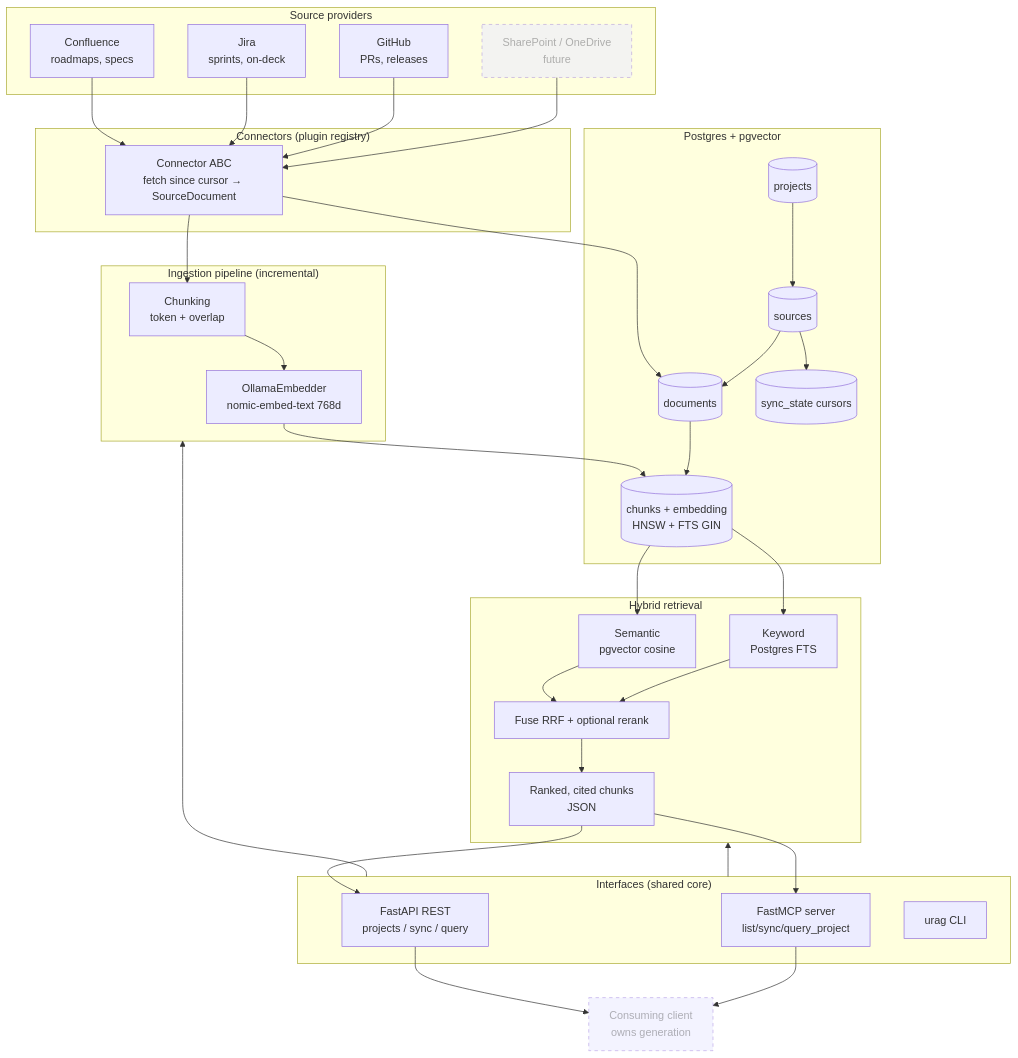
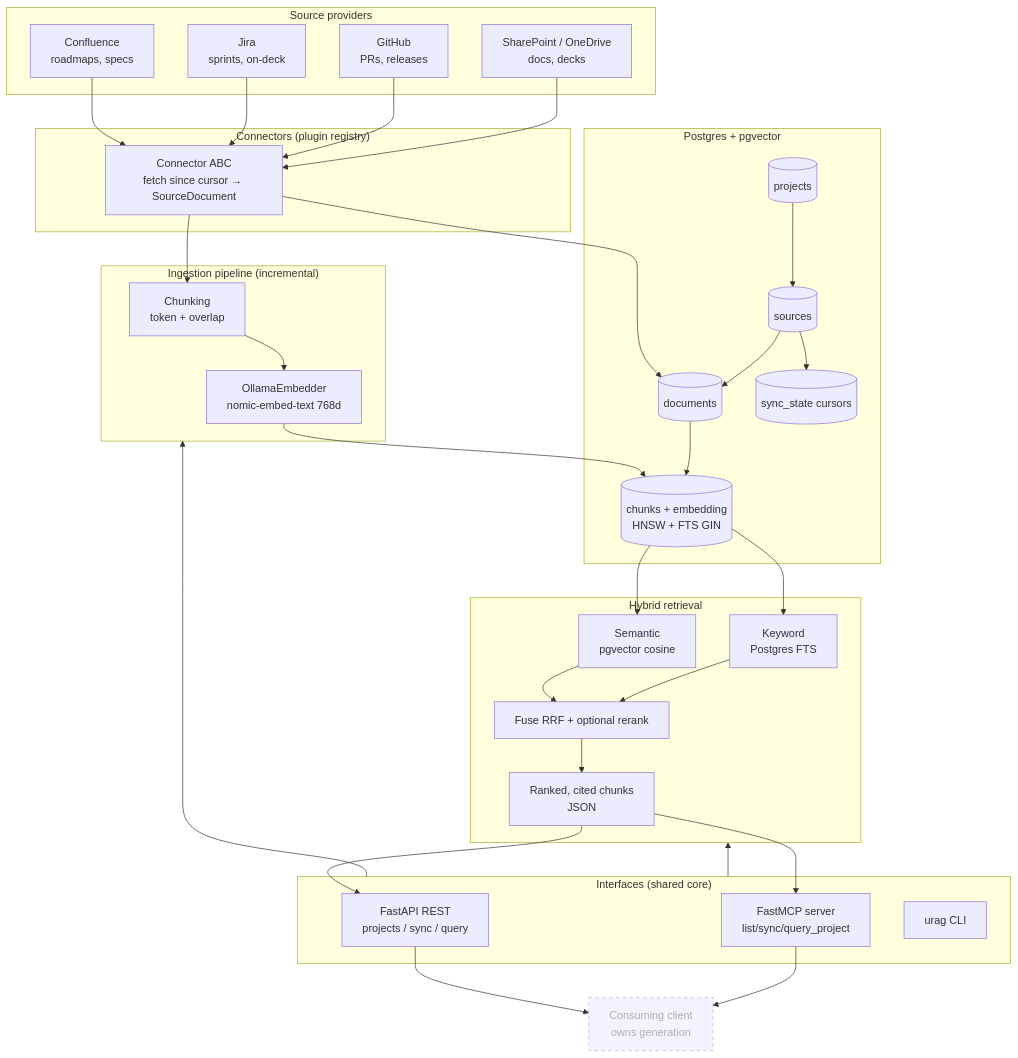
One commit to BlakeDanielFederal/universal-rag changed the first of 6 diagrams in docs/architecture.md. Above: the diagram before and after it, drawn with Mermaid. The commit also changed other lines of this file and 1 other file, not shown here.

Commit message:
docs: SharePoint connector done — update README/status, architecture diagram + flow

````diff
--- a/docs/architecture.md
+++ b/docs/architecture.md
@@ -11,55 +11,55 @@
 ```mermaid
 flowchart TD
     subgraph Sources["Source providers"]
         CONF[Confluence<br/>roadmaps, specs]
         JIRA[Jira<br/>sprints, on-deck]
         GH[GitHub<br/>PRs, releases]
-        FUTURE[SharePoint / OneDrive<br/>future]:::future
+        SP[SharePoint / OneDrive<br/>docs, decks]
     end
 
     subgraph Connectors["Connectors (plugin registry)"]
         BASE[Connector ABC<br/>fetch since cursor → SourceDocument]
     end
 
     subgraph Ingest["Ingestion pipeline (incremental)"]
         CHUNK[Chunking<br/>token + overlap]
         EMB[OllamaEmbedder<br/>nomic-embed-text 768d]
     end
 
     subgraph Store["Postgres + pgvector"]
         PROJ[(projects)]
         SRC[(sources)]
         DOC[(documents)]
         CH[(chunks + embedding<br/>HNSW + FTS GIN)]
         SYNC[(sync_state cursors)]
     end
 
     subgraph Retrieval["Hybrid retrieval"]
         VEC[Semantic<br/>pgvector cosine]
         KW[Keyword<br/>Postgres FTS]
         RRF[Fuse RRF + optional rerank]
         HITS[Ranked, cited chunks<br/>JSON]
     end
 
     subgraph Interfaces["Interfaces (shared core)"]
         API[FastAPI REST<br/>projects / sync / query]
         MCP[FastMCP server<br/>list/sync/query_project]
         CLI[urag CLI]
     end
 
     CLIENT[Consuming client<br/>owns generation]:::future
 
-    CONF & JIRA & GH & FUTURE --> BASE
+    CONF & JIRA & GH & SP --> BASE
     BASE --> CHUNK --> EMB --> CH
     BASE --> DOC
     PROJ --> SRC --> DOC --> CH
     SRC --> SYNC
 
     CH --> VEC & KW --> RRF --> HITS
 
     Interfaces --> Ingest
     Interfaces --> Retrieval
     HITS --> API & MCP --> CLIENT
 
     classDef future stroke-dasharray: 5 5,opacity:0.6;
 ```
````
